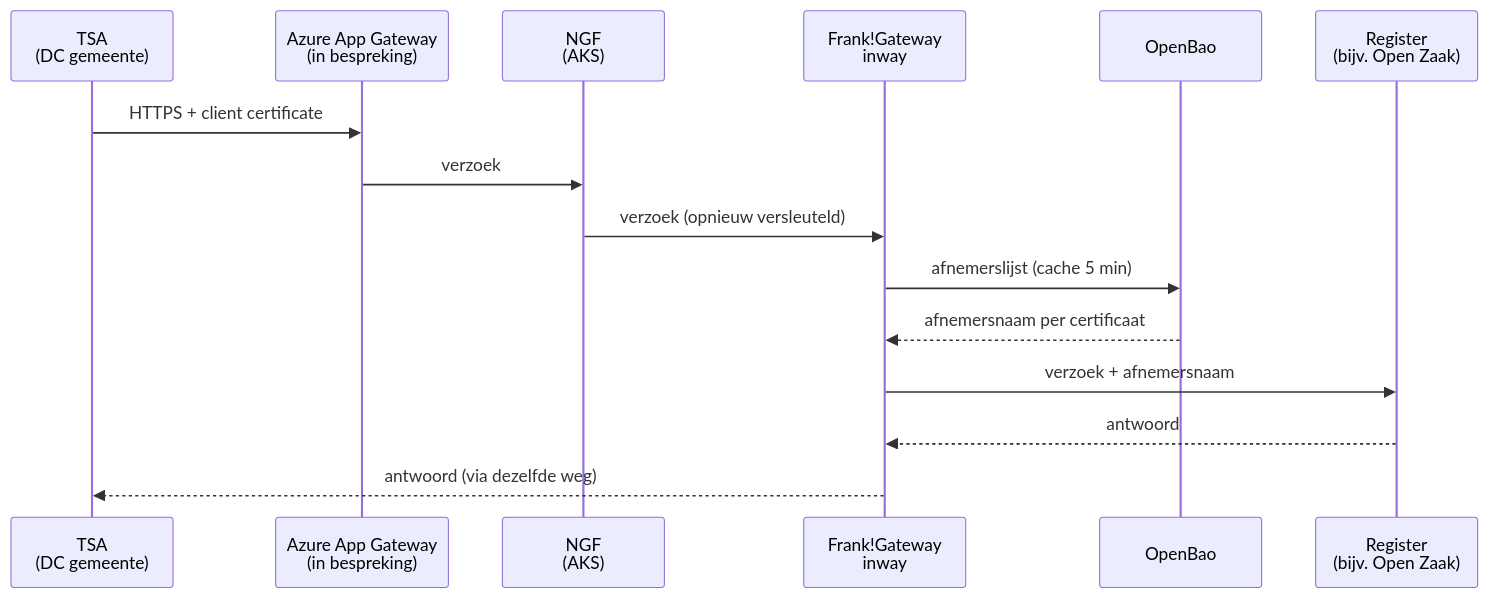
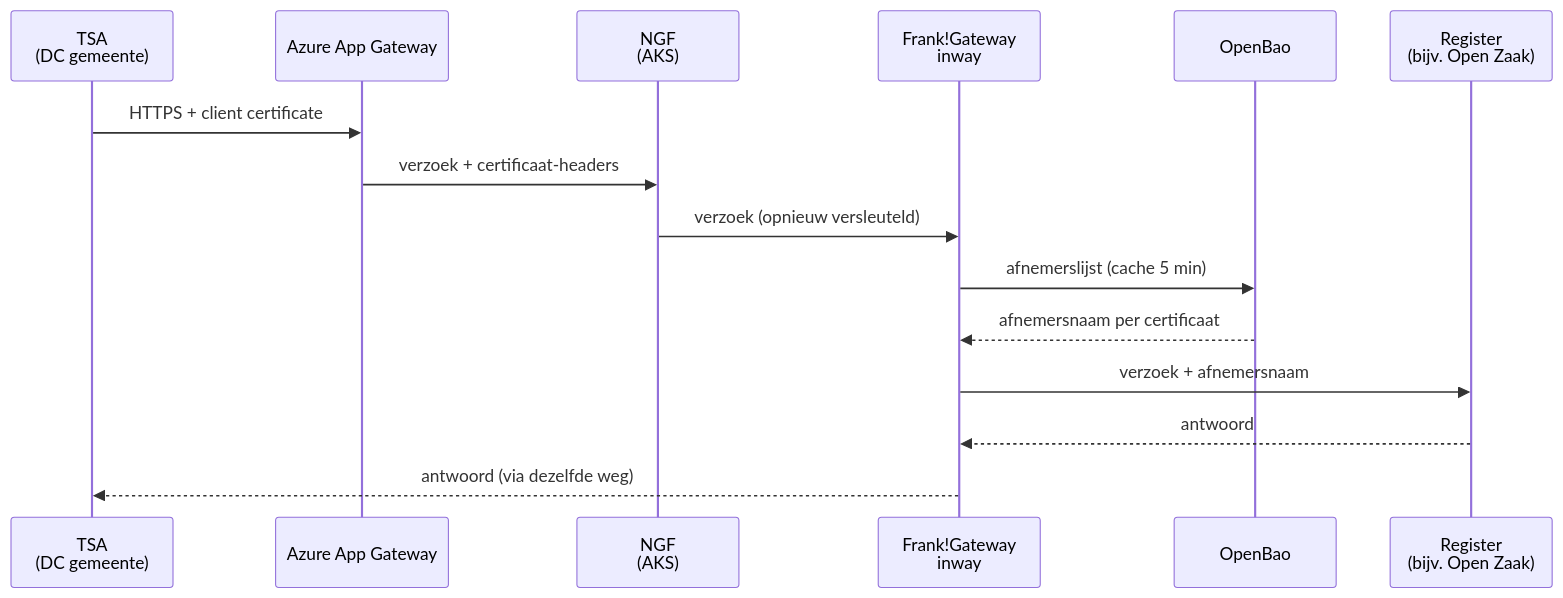
Before and after one commit to Dimpact-Samenwerking/helm-charts: the third of 3 diagrams in charts/podiumd/docs/apps/frankgateway/frankgateway-tsa-setup-and-flow-NL.md, drawn with Mermaid. The commit also changed other lines of this file and 38 other files, not shown here.

````diff
--- a/charts/podiumd/docs/apps/frankgateway/frankgateway-tsa-setup-and-flow-NL.md
+++ b/charts/podiumd/docs/apps/frankgateway/frankgateway-tsa-setup-and-flow-NL.md
@@ -172,17 +203,17 @@
 ```mermaid
 sequenceDiagram
   participant TSA as TSA<br/>(DC gemeente)
-  participant AAG as Azure App Gateway<br/>(in bespreking)
+  participant AAG as Azure App Gateway
   participant NGF as NGF<br/>(AKS)
   participant FG as Frank!Gateway<br/>inway
   participant Bao as OpenBao
   participant Reg as Register<br/>(bijv. Open Zaak)
   TSA->>AAG: HTTPS + client certificate
-  AAG->>NGF: verzoek
+  AAG->>NGF: verzoek + certificaat-headers
   NGF->>FG: verzoek (opnieuw versleuteld)
   FG->>Bao: afnemerslijst (cache 5 min)
   Bao-->>FG: afnemersnaam per certificaat
   FG->>Reg: verzoek + afnemersnaam
   Reg-->>FG: antwoord
   FG-->>TSA: antwoord (via dezelfde weg)
 ```
````
